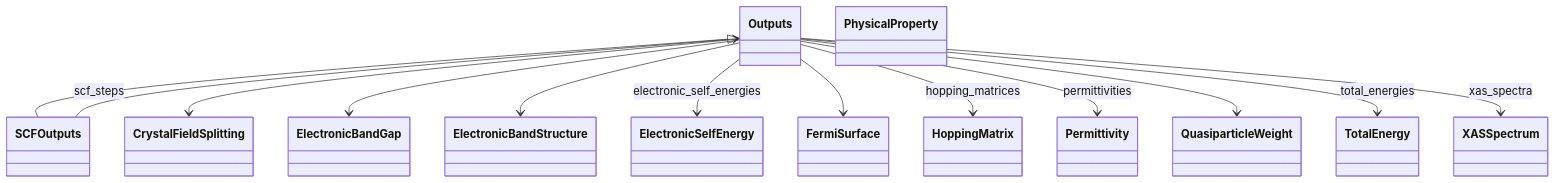
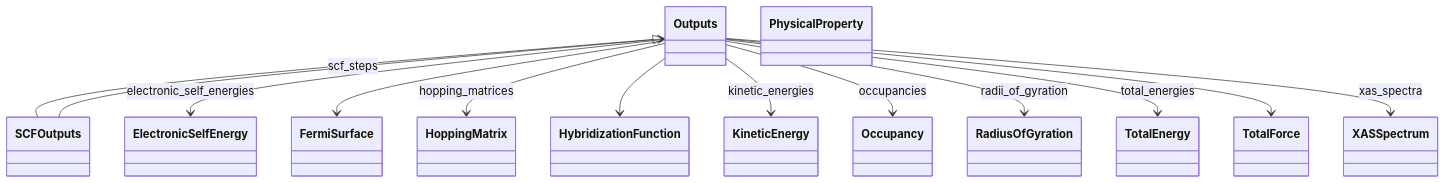
The second of 2 diagrams in docs/schema/outputs.diagram.md (FAIRmat-NFDI/nomad-simulations), drawn with Mermaid before and after one commit. The commit also changed 8 other files, not shown here.

````diff
--- a/docs/schema/outputs.diagram.md
+++ b/docs/schema/outputs.diagram.md
@@ -68,41 +68,41 @@
 ```mermaid
 classDiagram
-    class CrystalFieldSplitting {
-    }
-    class ElectronicBandGap {
-    }
-    class ElectronicBandStructure {
-    }
     class ElectronicSelfEnergy {
     }
     class FermiSurface {
     }
     class HoppingMatrix {
     }
+    class HybridizationFunction {
+    }
+    class KineticEnergy {
+    }
+    class Occupancy {
+    }
     class Outputs {
-    }
-    class Permittivity {
     }
     class PhysicalProperty {
     }
-    class QuasiparticleWeight {
+    class RadiusOfGyration {
     }
     class SCFOutputs {
     }
     class TotalEnergy {
     }
+    class TotalForce {
+    }
     class XASSpectrum {
     }
     Outputs <|-- SCFOutputs
-    Outputs --> CrystalFieldSplitting
-    Outputs --> ElectronicBandGap
-    Outputs --> ElectronicBandStructure
     Outputs --> ElectronicSelfEnergy : electronic_self_energies
     Outputs --> FermiSurface
     Outputs --> HoppingMatrix : hopping_matrices
-    Outputs --> Permittivity : permittivities
-    Outputs --> QuasiparticleWeight
+    Outputs --> HybridizationFunction
+    Outputs --> KineticEnergy : kinetic_energies
+    Outputs --> Occupancy : occupancies
+    Outputs --> RadiusOfGyration : radii_of_gyration
     Outputs --> TotalEnergy : total_energies
+    Outputs --> TotalForce
     Outputs --> XASSpectrum : xas_spectra
     SCFOutputs --> Outputs : scf_steps
 ```
````
